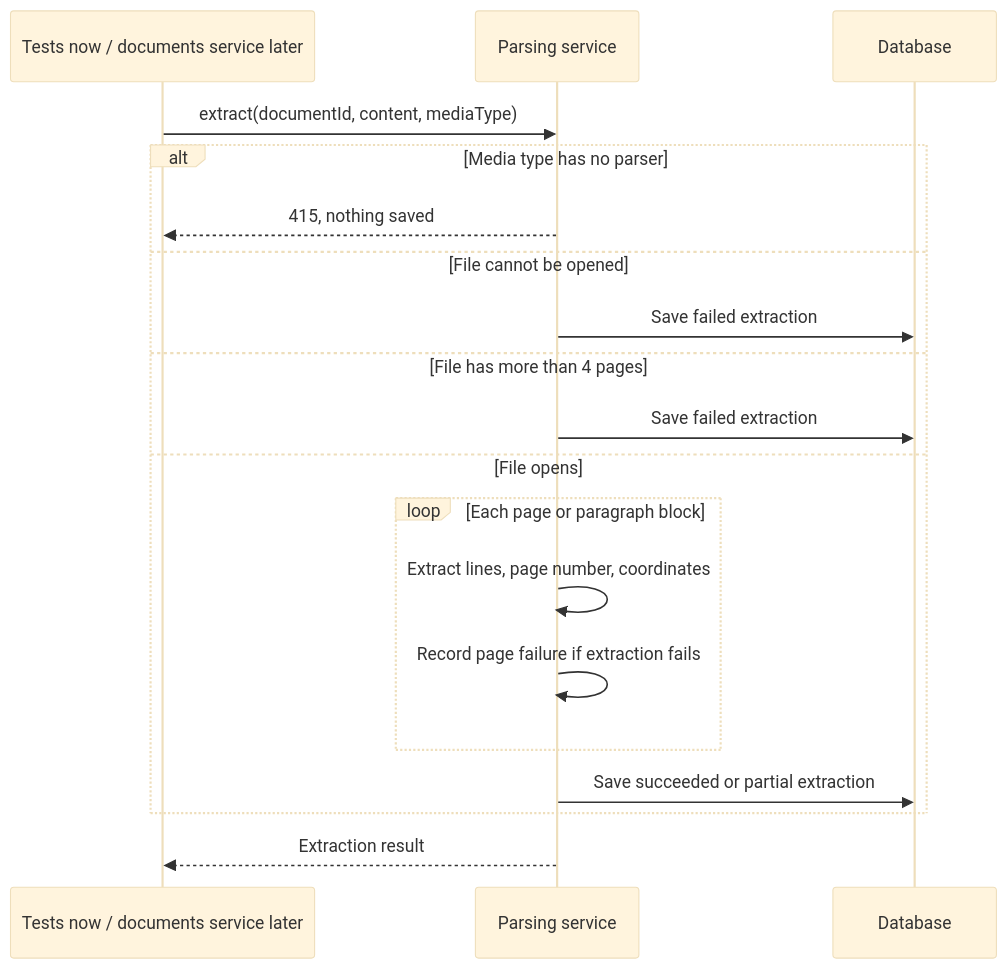
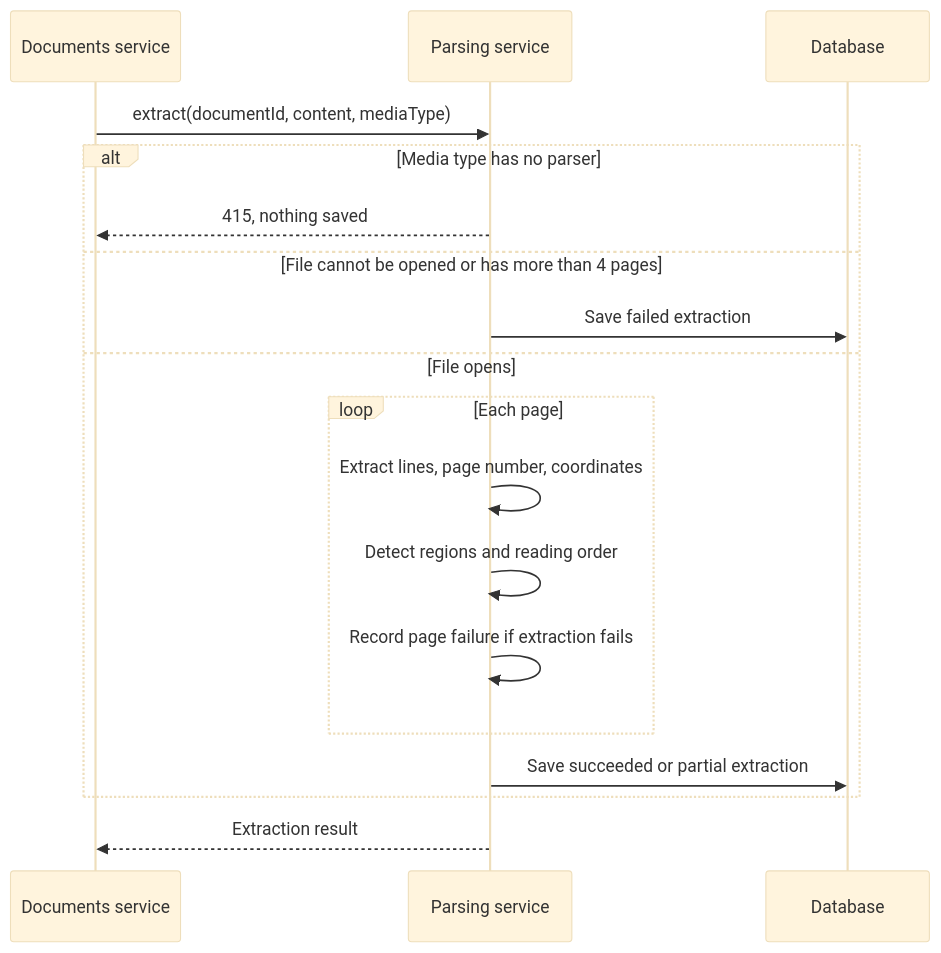
Before and after one commit to cv-parser-team/Backend: the second of 2 diagrams in docs/modules/parsing.md, drawn with Mermaid (base theme). The commit also changed other lines of this file, not shown here.

````diff
--- a/docs/modules/parsing.md
+++ b/docs/modules/parsing.md
@@ -120,22 +367,21 @@
 ```mermaid
 sequenceDiagram
-    participant Caller as Tests now / documents service later
+    participant Caller as Documents service
     participant Parser as Parsing service
     participant Database
 
     Caller->>Parser: extract(documentId, content, mediaType)
     alt Media type has no parser
         Parser-->>Caller: 415, nothing saved
-    else File cannot be opened
-        Parser->>Database: Save failed extraction
-    else File has more than 4 pages
+    else File cannot be opened or has more than 4 pages
         Parser->>Database: Save failed extraction
     else File opens
-        loop Each page or paragraph block
+        loop Each page
             Parser->>Parser: Extract lines, page number, coordinates
+            Parser->>Parser: Detect regions and reading order
             Parser->>Parser: Record page failure if extraction fails
         end
         Parser->>Database: Save succeeded or partial extraction
     end
     Parser-->>Caller: Extraction result
 ```
````
